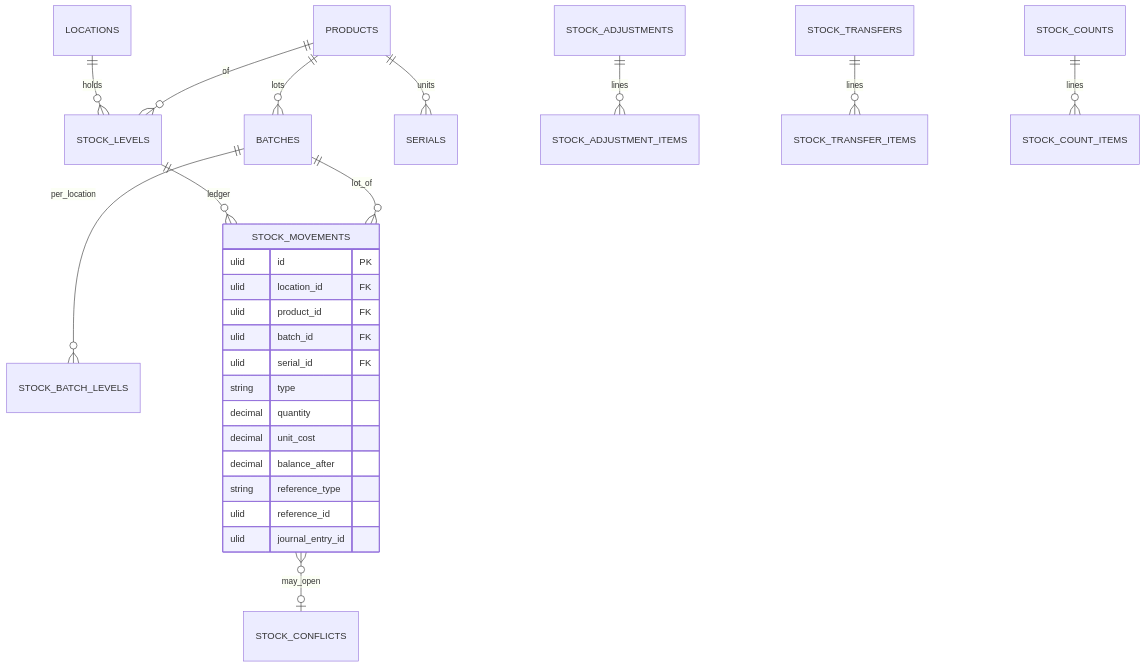
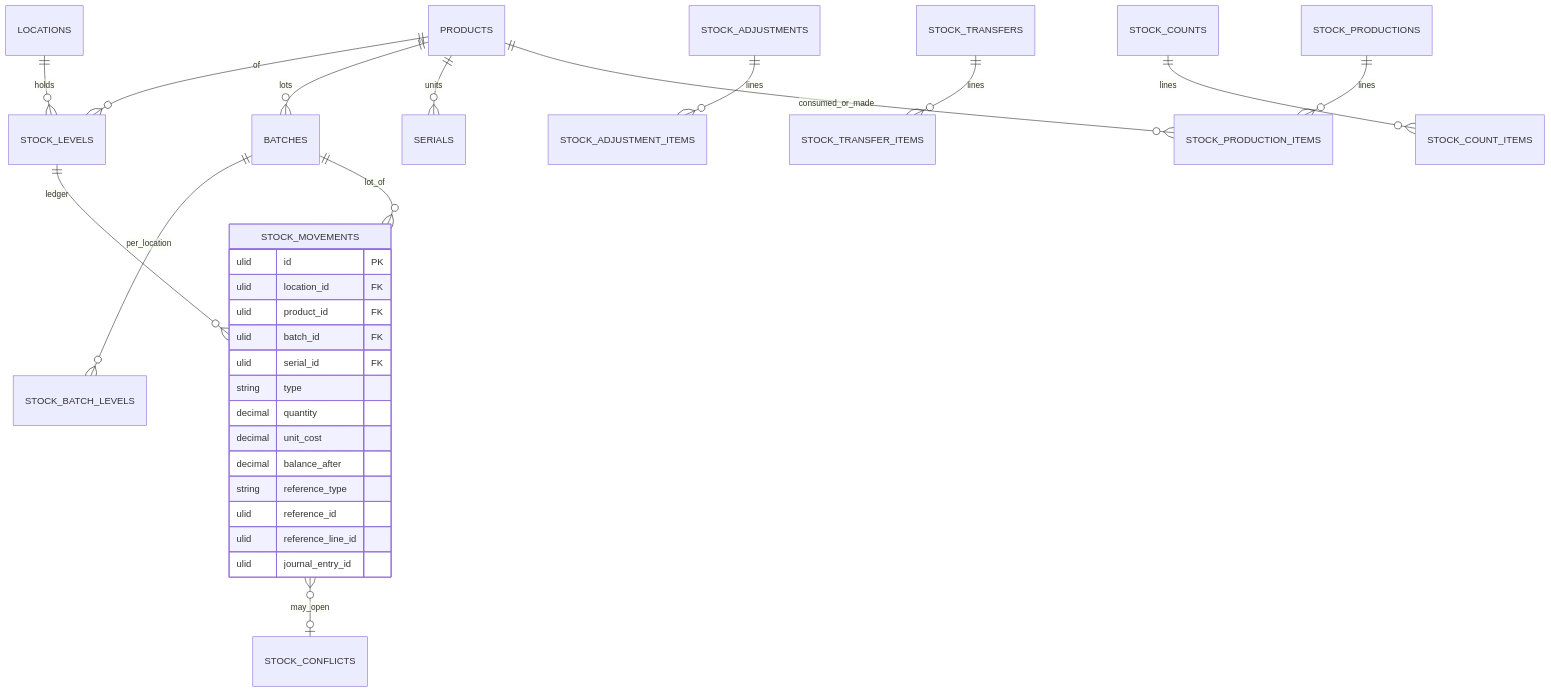
Before and after one commit to hasi94/SASS-POS: the fourth of 9 diagrams in docs/database.md, drawn with Mermaid. The commit also changed other lines of this file, not shown here.

````diff
--- a/docs/database.md
+++ b/docs/database.md
@@ -551,28 +551,31 @@
 ```mermaid
 erDiagram
   LOCATIONS ||--o{ STOCK_LEVELS : holds
   PRODUCTS ||--o{ STOCK_LEVELS : of
   PRODUCTS ||--o{ BATCHES : lots
   BATCHES ||--o{ STOCK_BATCH_LEVELS : per_location
   PRODUCTS ||--o{ SERIALS : units
   STOCK_LEVELS ||--o{ STOCK_MOVEMENTS : ledger
   BATCHES ||--o{ STOCK_MOVEMENTS : lot_of
   STOCK_ADJUSTMENTS ||--o{ STOCK_ADJUSTMENT_ITEMS : lines
   STOCK_TRANSFERS ||--o{ STOCK_TRANSFER_ITEMS : lines
   STOCK_COUNTS ||--o{ STOCK_COUNT_ITEMS : lines
+  STOCK_PRODUCTIONS ||--o{ STOCK_PRODUCTION_ITEMS : lines
+  PRODUCTS ||--o{ STOCK_PRODUCTION_ITEMS : consumed_or_made
   STOCK_MOVEMENTS }o--o| STOCK_CONFLICTS : may_open
   STOCK_MOVEMENTS {
     ulid id PK
     ulid location_id FK
     ulid product_id FK
     ulid batch_id FK
     ulid serial_id FK
     string type
     decimal quantity
     decimal unit_cost
     decimal balance_after
     string reference_type
     ulid reference_id
+    ulid reference_line_id
     ulid journal_entry_id
   }
 ```
````
